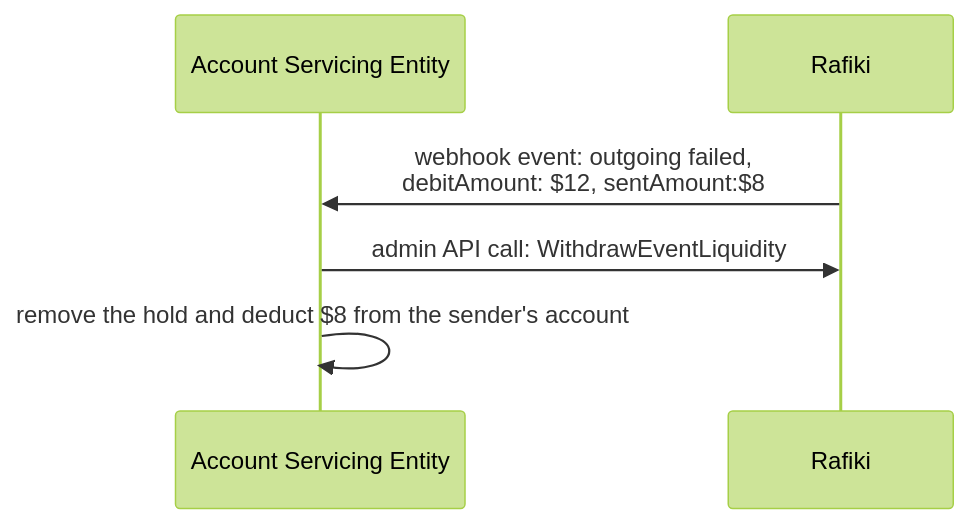
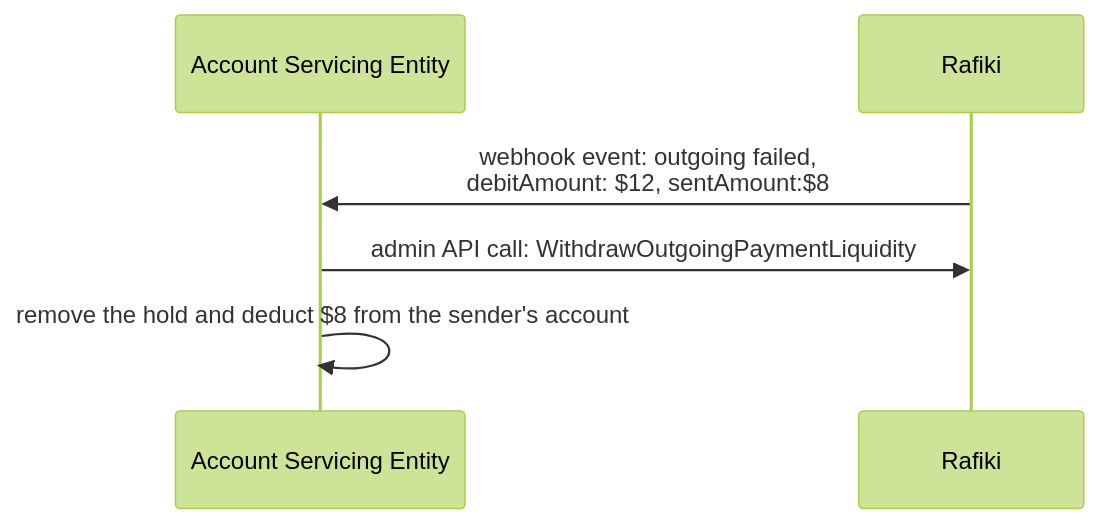
The sixth of 10 diagrams in packages/documentation/src/content/docs/integration/event-handlers.md (interledger/rafiki), drawn with Mermaid (forest theme) before and after one commit. The commit also changed other lines of this file and 1 other file, not shown here.

````diff
--- a/packages/documentation/src/content/docs/integration/event-handlers.md
+++ b/packages/documentation/src/content/docs/integration/event-handlers.md
@@ -100,11 +100,11 @@
 ```mermaid
 
 sequenceDiagram
 
 participant ASE as Account Servicing Entity
 participant R as Rafiki
 
 R->>ASE: webhook event: outgoing failed,<br>debitAmount: $12, sentAmount:$8
-ASE->>R: admin API call: WithdrawEventLiquidity
+ASE->>R: admin API call: WithdrawOutgoingPaymentLiquidity
 ASE->>ASE: remove the hold and deduct $8 from the sender's account
 ```
````
